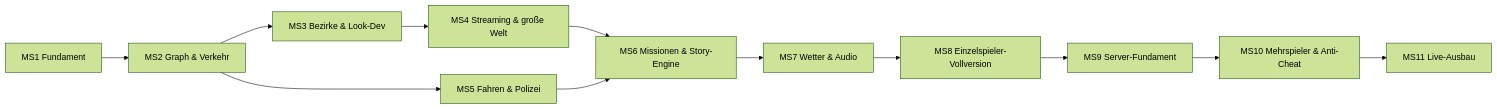
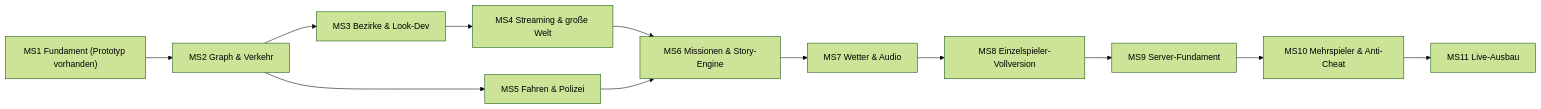
The third of 3 diagrams in docs/WELTKONZEPT.md (Martin-Mue/UnrealEngineGameMTA), drawn with Mermaid (forest theme) before and after one commit. The commit also changed other lines of this file and 3 other files, not shown here.

````diff
--- a/docs/WELTKONZEPT.md
+++ b/docs/WELTKONZEPT.md
@@ -914,14 +945,14 @@
 ```mermaid
 flowchart LR
-  M1["MS1 Fundament"] --> M2["MS2 Graph & Verkehr"]
+  M1["MS1 Fundament (Prototyp vorhanden)"] --> M2["MS2 Graph & Verkehr"]
   M2 --> M3["MS3 Bezirke & Look-Dev"]
   M3 --> M4["MS4 Streaming & große Welt"]
   M2 --> M5["MS5 Fahren & Polizei"]
   M4 --> M6["MS6 Missionen & Story-Engine"]
   M5 --> M6
   M6 --> M7["MS7 Wetter & Audio"]
   M7 --> M8["MS8 Einzelspieler-Vollversion"]
   M8 --> M9["MS9 Server-Fundament"]
   M9 --> M10["MS10 Mehrspieler & Anti-Cheat"]
   M10 --> M11["MS11 Live-Ausbau"]
 ```
````
